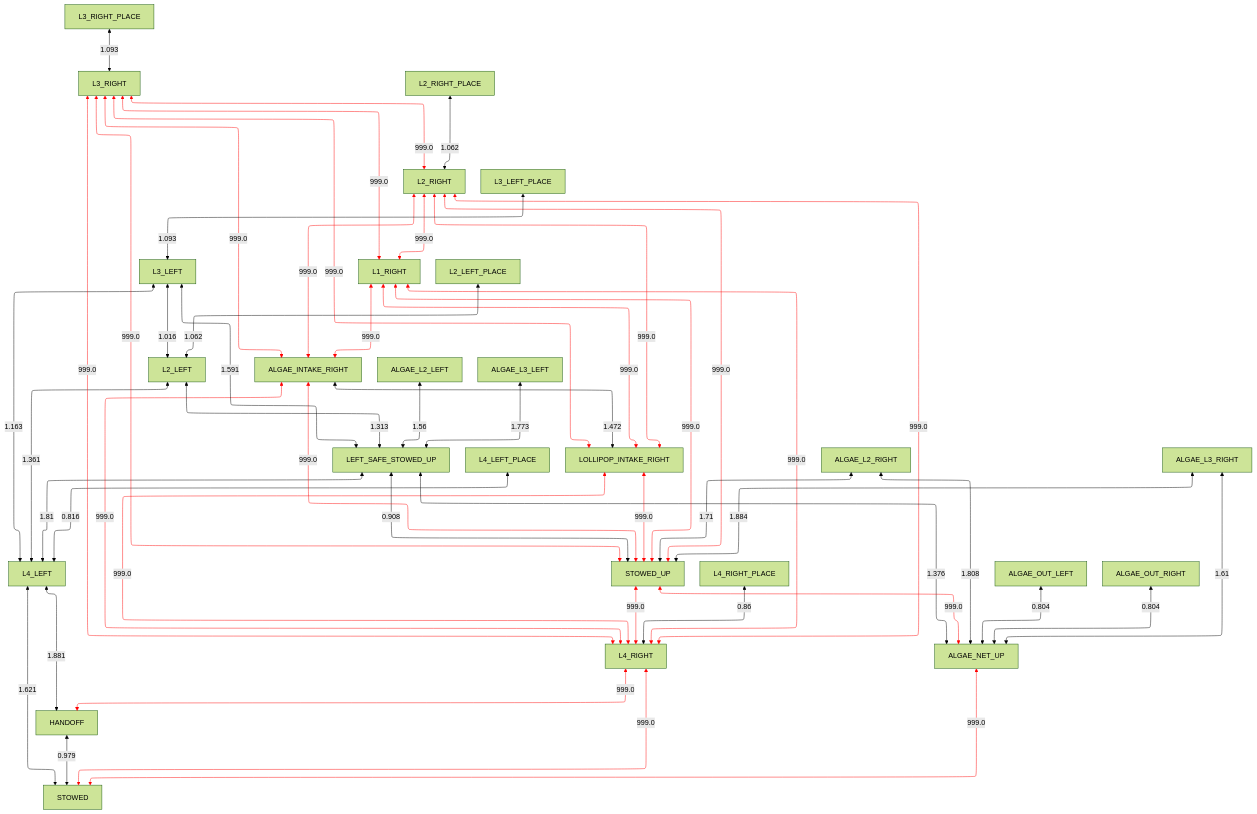
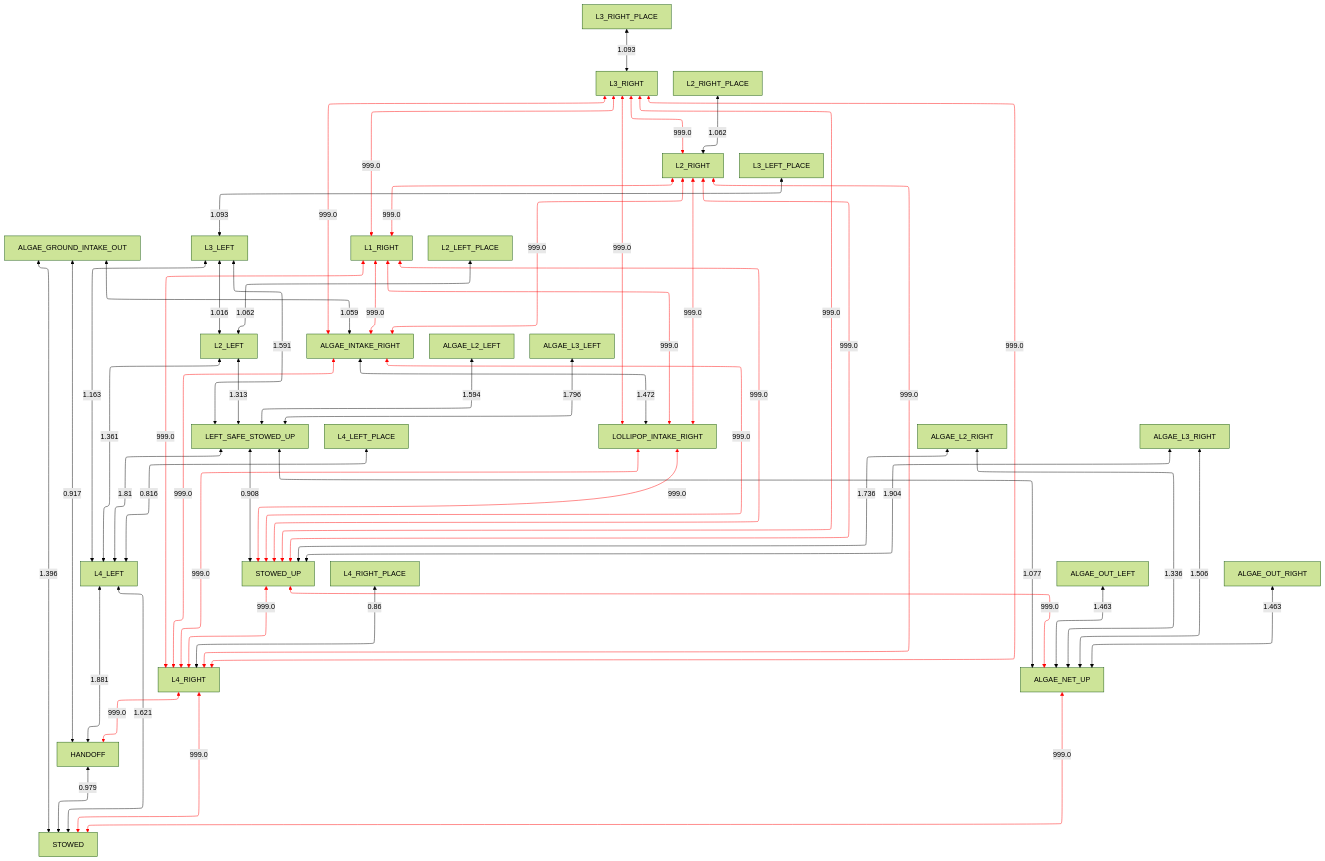
One commit to team581/offseason-2025-comp changed the diagram in docs/collision_avoidance/right_obstructed.md. Above: the diagram before and after it, drawn with Mermaid (forest theme). The commit also changed 3 other files, not shown here.

````diff
--- a/docs/collision_avoidance/right_obstructed.md
+++ b/docs/collision_avoidance/right_obstructed.md
@@ -3,57 +3,60 @@
 ```mermaid
 %%{ init: { "flowchart": { "defaultRenderer": "elk" } } }%%
 graph TD
 
 HANDOFF <-- 0.979 --> STOWED
 L4_LEFT <-- 1.621 --> STOWED
 L4_RIGHT <-- 999.0 --> STOWED
 ALGAE_NET_UP <-- 999.0 --> STOWED
+ALGAE_GROUND_INTAKE_OUT <-- 1.396 --> STOWED
 L4_LEFT <-- 1.881 --> HANDOFF
 L4_RIGHT <-- 999.0 --> HANDOFF
+ALGAE_GROUND_INTAKE_OUT <-- 0.917 --> HANDOFF
 LEFT_SAFE_STOWED_UP <-- 1.81 --> L4_LEFT
 L2_LEFT <-- 1.361 --> L4_LEFT
 L3_LEFT <-- 1.163 --> L4_LEFT
 L4_LEFT_PLACE <-- 0.816 --> L4_LEFT
 STOWED_UP <-- 999.0 --> L4_RIGHT
 ALGAE_INTAKE_RIGHT <-- 999.0 --> L4_RIGHT
 LOLLIPOP_INTAKE_RIGHT <-- 999.0 --> L4_RIGHT
 L1_RIGHT <-- 999.0 --> L4_RIGHT
 L2_RIGHT <-- 999.0 --> L4_RIGHT
 L3_RIGHT <-- 999.0 --> L4_RIGHT
 L4_RIGHT_PLACE <-- 0.86 --> L4_RIGHT
-LEFT_SAFE_STOWED_UP <-- 1.376 --> ALGAE_NET_UP
+LEFT_SAFE_STOWED_UP <-- 1.077 --> ALGAE_NET_UP
 STOWED_UP <-- 999.0 --> ALGAE_NET_UP
-ALGAE_OUT_LEFT <-- 0.804 --> ALGAE_NET_UP
-ALGAE_OUT_RIGHT <-- 0.804 --> ALGAE_NET_UP
-ALGAE_L2_RIGHT <-- 1.808 --> ALGAE_NET_UP
-ALGAE_L3_RIGHT <-- 1.61 --> ALGAE_NET_UP
+ALGAE_OUT_LEFT <-- 1.463 --> ALGAE_NET_UP
+ALGAE_OUT_RIGHT <-- 1.463 --> ALGAE_NET_UP
+ALGAE_L2_RIGHT <-- 1.336 --> ALGAE_NET_UP
+ALGAE_L3_RIGHT <-- 1.506 --> ALGAE_NET_UP
 LEFT_SAFE_STOWED_UP <-- 0.908 --> STOWED_UP
 LOLLIPOP_INTAKE_RIGHT <-- 999.0 --> STOWED_UP
 ALGAE_INTAKE_RIGHT <-- 999.0 --> STOWED_UP
 L1_RIGHT <-- 999.0 --> STOWED_UP
 L2_RIGHT <-- 999.0 --> STOWED_UP
 L3_RIGHT <-- 999.0 --> STOWED_UP
-ALGAE_L2_RIGHT <-- 1.71 --> STOWED_UP
-ALGAE_L3_RIGHT <-- 1.884 --> STOWED_UP
+ALGAE_L2_RIGHT <-- 1.736 --> STOWED_UP
+ALGAE_L3_RIGHT <-- 1.904 --> STOWED_UP
 L2_LEFT <-- 1.313 --> LEFT_SAFE_STOWED_UP
 L3_LEFT <-- 1.591 --> LEFT_SAFE_STOWED_UP
-ALGAE_L2_LEFT <-- 1.56 --> LEFT_SAFE_STOWED_UP
-ALGAE_L3_LEFT <-- 1.773 --> LEFT_SAFE_STOWED_UP
+ALGAE_L2_LEFT <-- 1.594 --> LEFT_SAFE_STOWED_UP
+ALGAE_L3_LEFT <-- 1.796 --> LEFT_SAFE_STOWED_UP
 ALGAE_INTAKE_RIGHT <-- 1.472 --> LOLLIPOP_INTAKE_RIGHT
 L1_RIGHT <-- 999.0 --> LOLLIPOP_INTAKE_RIGHT
 L2_RIGHT <-- 999.0 --> LOLLIPOP_INTAKE_RIGHT
 L3_RIGHT <-- 999.0 --> LOLLIPOP_INTAKE_RIGHT
 L1_RIGHT <-- 999.0 --> ALGAE_INTAKE_RIGHT
 L2_RIGHT <-- 999.0 --> ALGAE_INTAKE_RIGHT
 L3_RIGHT <-- 999.0 --> ALGAE_INTAKE_RIGHT
+ALGAE_GROUND_INTAKE_OUT <-- 1.059 --> ALGAE_INTAKE_RIGHT
 L3_LEFT <-- 1.016 --> L2_LEFT
 L2_LEFT_PLACE <-- 1.062 --> L2_LEFT
 L3_LEFT_PLACE <-- 1.093 --> L3_LEFT
 L2_RIGHT <-- 999.0 --> L1_RIGHT
 L3_RIGHT <-- 999.0 --> L1_RIGHT
 L3_RIGHT <-- 999.0 --> L2_RIGHT
 L2_RIGHT_PLACE <-- 1.062 --> L2_RIGHT
 L3_RIGHT_PLACE <-- 1.093 --> L3_RIGHT
 
-linkStyle 2,3,5,10,11,12,13,14,15,18,24,25,26,27,28,36,37,38,39,40,41,45,46,47 stroke:red;
+linkStyle 2,3,6,12,13,14,15,16,17,20,26,27,28,29,30,38,39,40,41,42,43,48,49,50 stroke:red;
 ```
````
